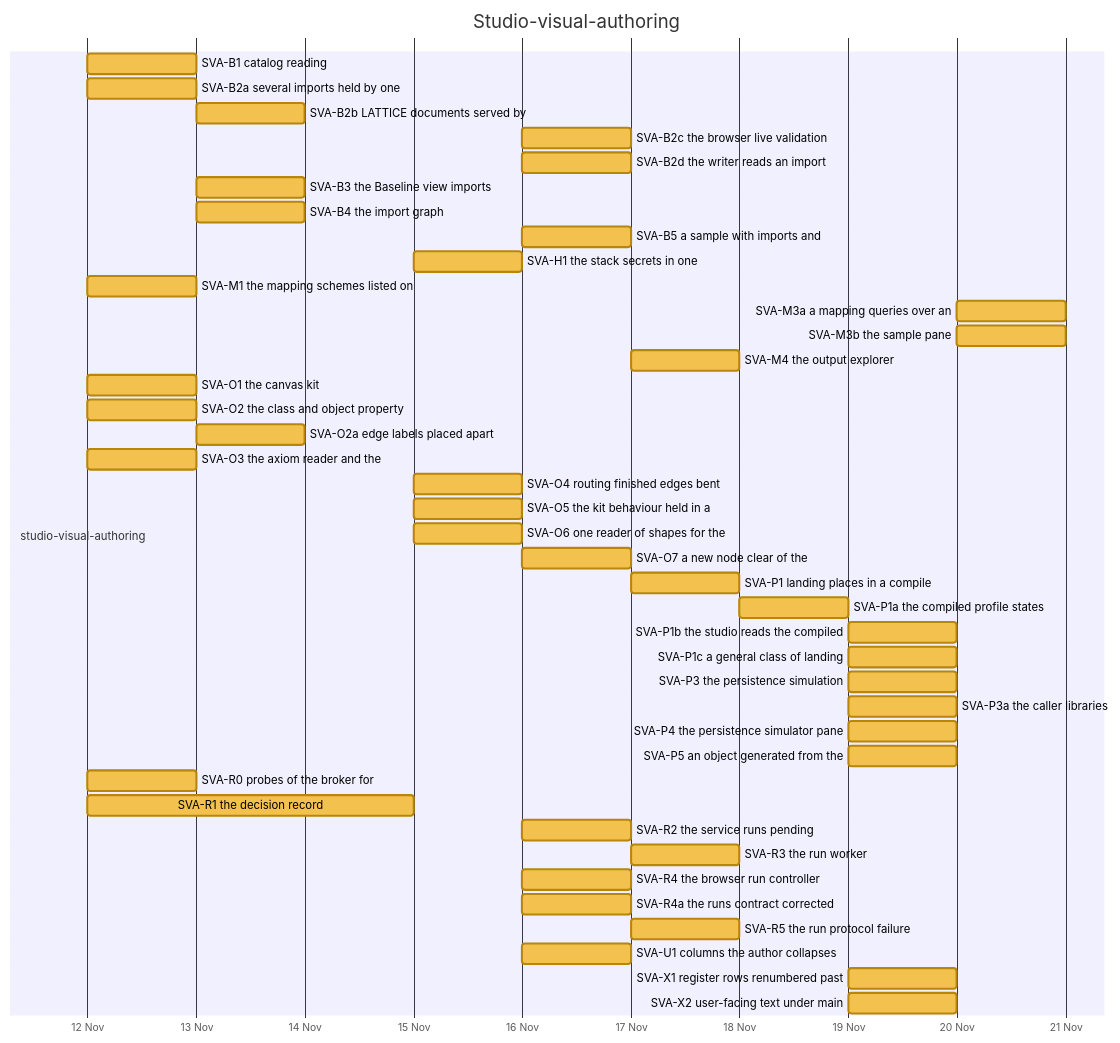
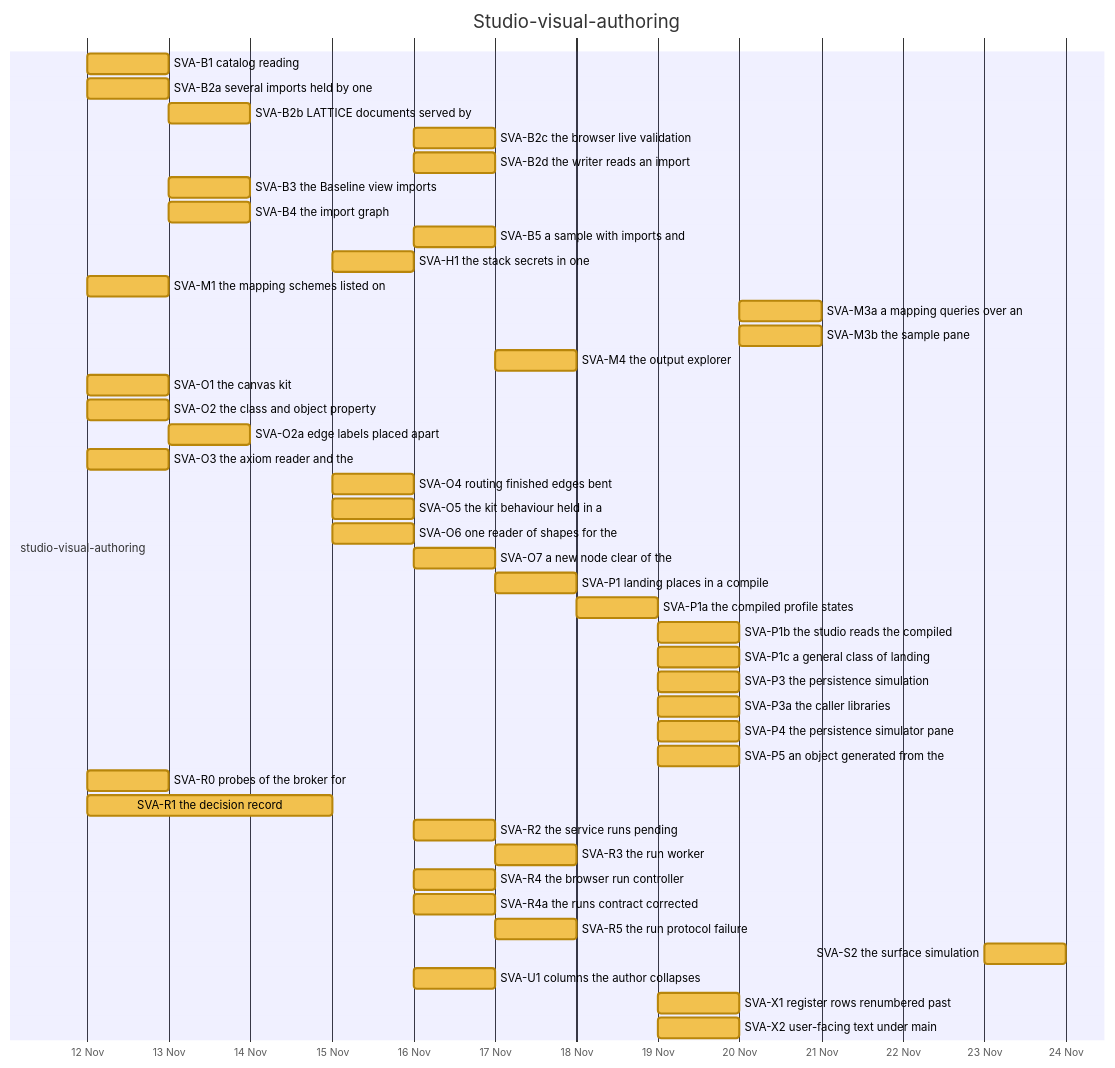
Diagram 16 of 32 in docs/developer/ROADMAP.md (nebularis/lattice), drawn with Mermaid before and after one commit. The commit also changed other lines of this file, not shown here.

First line of the commit message:
[studio-visual-authoring] Refresh the roadmap's generated sections after SVA-S2

````diff
--- a/docs/developer/ROADMAP.md
+++ b/docs/developer/ROADMAP.md
@@ -479,47 +479,48 @@
 ```mermaid
 %%{init: {"themeVariables": {"taskBkgColor": "#f2c14e", "taskBorderColor": "#b8860b", "taskTextColor": "#000000", "activeTaskBkgColor": "#4e9af1", "activeTaskBorderColor": "#1f5fbf", "activeTaskBorderColor": "#1f5fbf", "doneTaskBkgColor": "#8fcf8f", "doneTaskBorderColor": "#2f7d32", "critBkgColor": "#f28b82", "critBorderColor": "#b23a30", "taskTextDarkColor": "#000000", "taskTextLightColor": "#000000"}}}%%
 gantt
     title Studio-visual-authoring
     dateFormat YYYY-MM-DD
     axisFormat %d %b
     section studio-visual-authoring
     SVA-B1 catalog reading :svab1, 2026-11-12, 2026-11-13
     SVA-B2a several imports held by one :svab2a, 2026-11-12, 2026-11-13
     SVA-B2b LATTICE documents served by :svab2b, 2026-11-13, 2026-11-14
     SVA-B2c the browser live validation :svab2c, 2026-11-16, 2026-11-17
     SVA-B2d the writer reads an import :svab2d, 2026-11-16, 2026-11-17
     SVA-B3 the Baseline view imports :svab3, 2026-11-13, 2026-11-14
     SVA-B4 the import graph :svab4, 2026-11-13, 2026-11-14
     SVA-B5 a sample with imports and :svab5, 2026-11-16, 2026-11-17
     SVA-H1 the stack secrets in one :svah1, 2026-11-15, 2026-11-16
     SVA-M1 the mapping schemes listed on :svam1, 2026-11-12, 2026-11-13
     SVA-M3a a mapping queries over an :svam3a, 2026-11-20, 2026-11-21
     SVA-M3b the sample pane :svam3b, 2026-11-20, 2026-11-21
     SVA-M4 the output explorer :svam4, 2026-11-17, 2026-11-18
     SVA-O1 the canvas kit :svao1, 2026-11-12, 2026-11-13
     SVA-O2 the class and object property :svao2, 2026-11-12, 2026-11-13
     SVA-O2a edge labels placed apart :svao2a, 2026-11-13, 2026-11-14
     SVA-O3 the axiom reader and the :svao3, 2026-11-12, 2026-11-13
     SVA-O4 routing finished edges bent :svao4, 2026-11-15, 2026-11-16
     SVA-O5 the kit behaviour held in a :svao5, 2026-11-15, 2026-11-16
     SVA-O6 one reader of shapes for the :svao6, 2026-11-15, 2026-11-16
     SVA-O7 a new node clear of the :svao7, 2026-11-16, 2026-11-17
     SVA-P1 landing places in a compile :svap1, 2026-11-17, 2026-11-18
     SVA-P1a the compiled profile states :svap1a, 2026-11-18, 2026-11-19
     SVA-P1b the studio reads the compiled :svap1b, 2026-11-19, 2026-11-20
     SVA-P1c a general class of landing :svap1c, 2026-11-19, 2026-11-20
     SVA-P3 the persistence simulation :svap3, 2026-11-19, 2026-11-20
     SVA-P3a the caller libraries :svap3a, 2026-11-19, 2026-11-20
     SVA-P4 the persistence simulator pane :svap4, 2026-11-19, 2026-11-20
     SVA-P5 an object generated from the :svap5, 2026-11-19, 2026-11-20
     SVA-R0 probes of the broker for :svar0, 2026-11-12, 2026-11-13
     SVA-R1 the decision record :svar1, 2026-11-12, 2026-11-15
     SVA-R2 the service runs pending :svar2, 2026-11-16, 2026-11-17
     SVA-R3 the run worker :svar3, 2026-11-17, 2026-11-18
     SVA-R4 the browser run controller :svar4, 2026-11-16, 2026-11-17
     SVA-R4a the runs contract corrected :svar4a, 2026-11-16, 2026-11-17
     SVA-R5 the run protocol failure :svar5, 2026-11-17, 2026-11-18
+    SVA-S2 the surface simulation :svas2, 2026-11-23, 2026-11-24
     SVA-U1 columns the author collapses :svau1, 2026-11-16, 2026-11-17
     SVA-X1 register rows renumbered past :svax1, 2026-11-19, 2026-11-20
     SVA-X2 user-facing text under main :svax2, 2026-11-19, 2026-11-20
 ```
````
